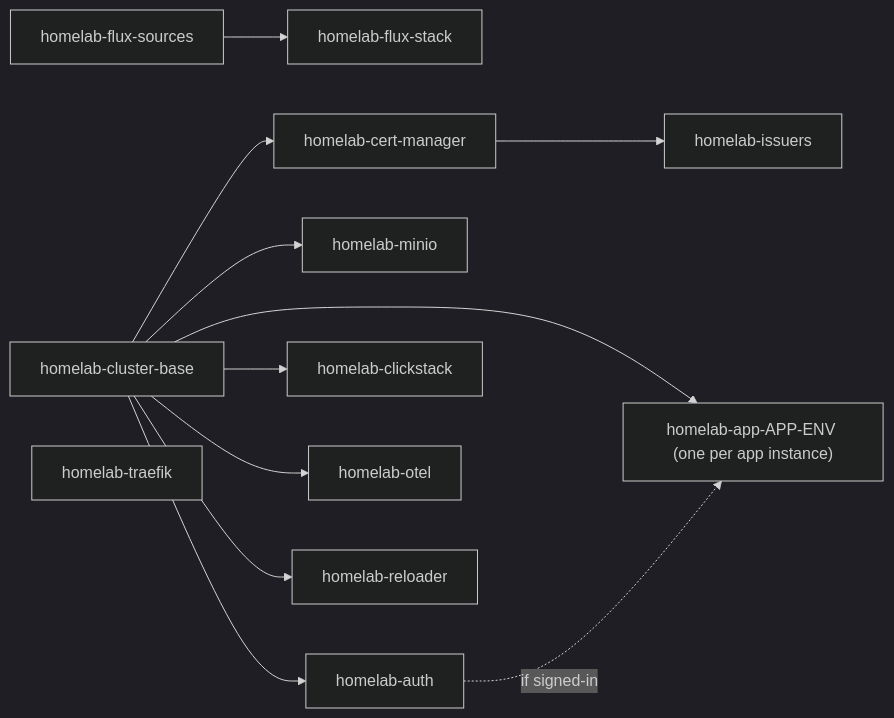
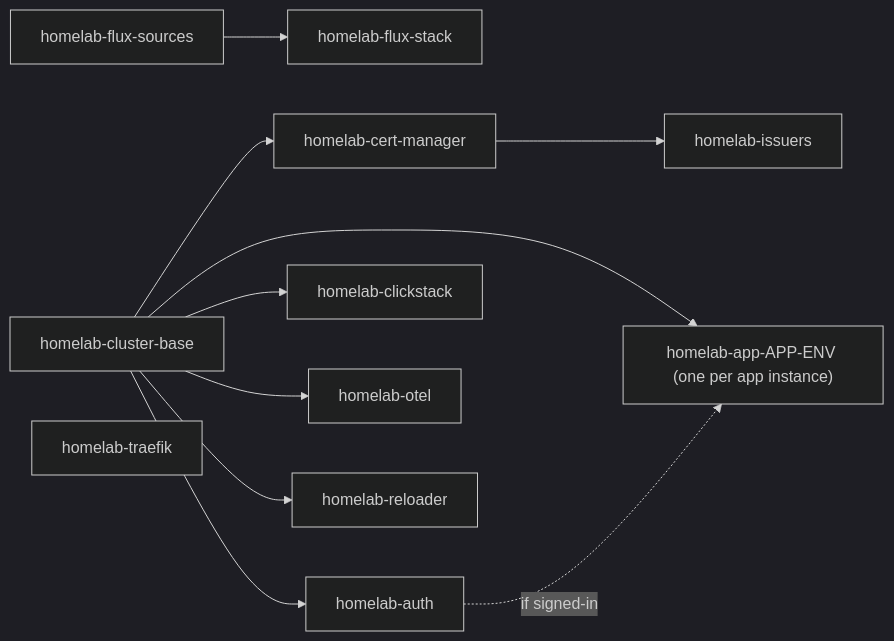
Before and after one commit to samclement/swhurl-platform: the diagram in docs/architecture.md, drawn with Mermaid (dark theme). The commit also changed other lines of this file and 13 other files, not shown here.

````diff
--- a/docs/architecture.md
+++ b/docs/architecture.md
@@ -30,13 +30,12 @@
 ```mermaid
 flowchart LR
   sources[homelab-flux-sources] --> stack[homelab-flux-stack]
   base[homelab-cluster-base] --> cm[homelab-cert-manager] --> issuers[homelab-issuers]
-  base --> minio[homelab-minio]
   base --> auth[homelab-auth]
   base --> clickstack[homelab-clickstack]
   base --> otel[homelab-otel]
   base --> reloader[homelab-reloader]
   traefik[homelab-traefik]
   base --> app["homelab-app-APP-ENV (one per app instance)"]
   auth -. if signed-in .-> app
 ```
````
